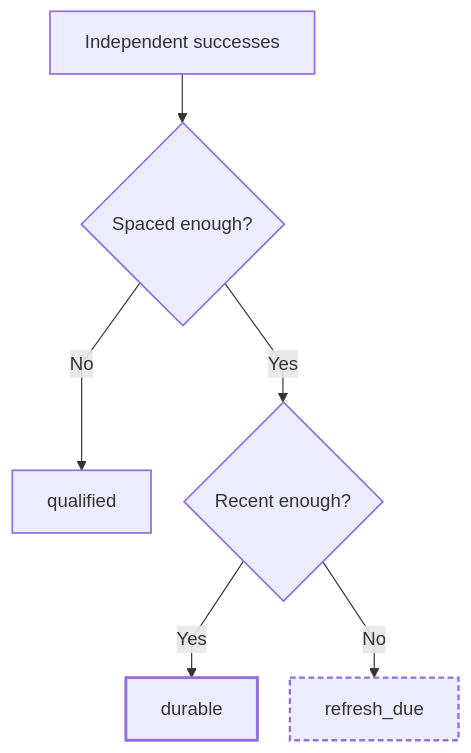
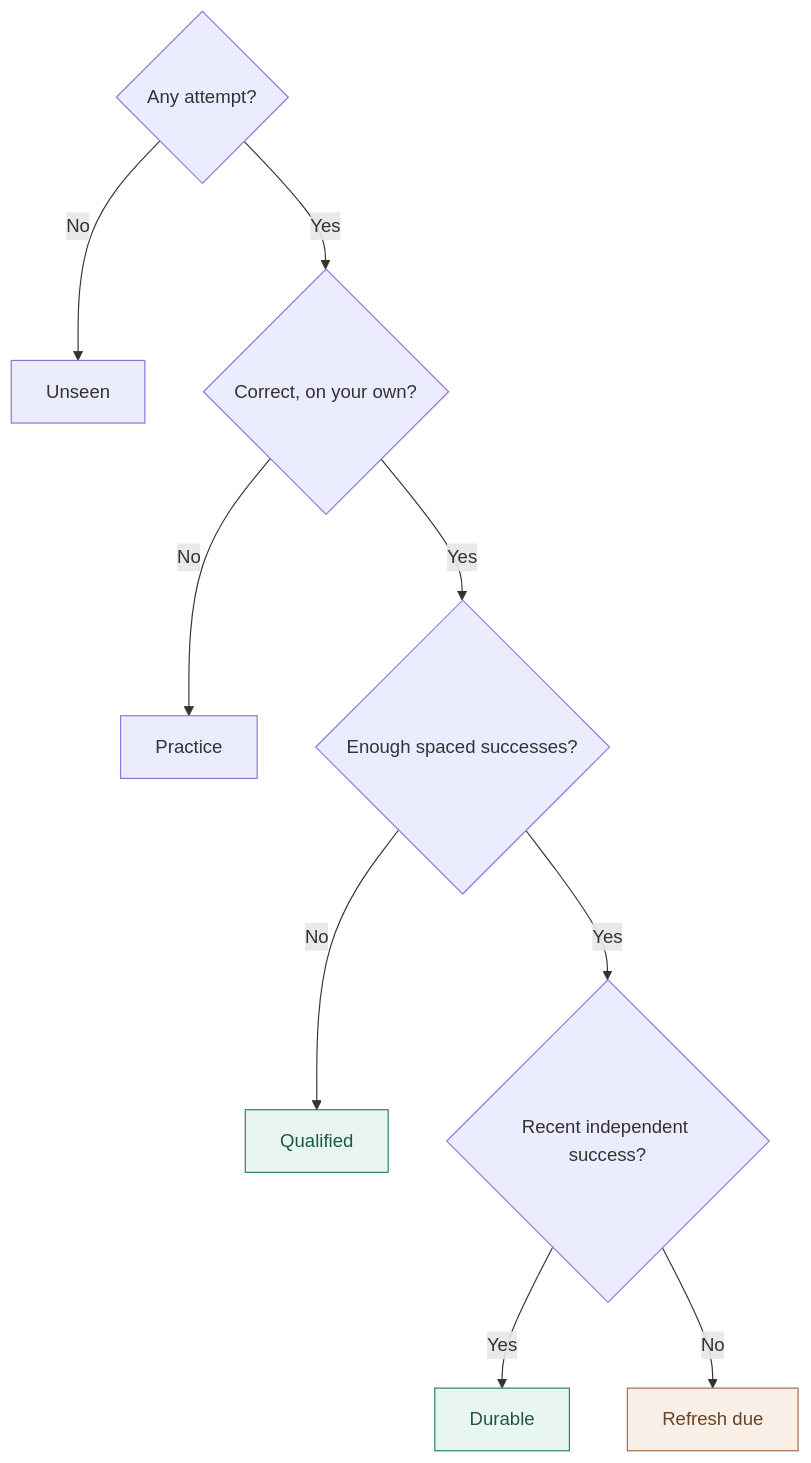
One commit to Niyam-Paneru/learning-evidence-core changed the diagram in README.md. Above: the diagram before and after it, drawn with Mermaid. The commit also changed other lines of this file, not shown here.

Commit message:
docs: one purposeful visual, not repeated generated flowcharts

````diff
--- a/README.md
+++ b/README.md
@@ -49,23 +24,15 @@
 ```mermaid
----
-config:
-  flowchart:
-    curve: linear
-    nodeSpacing: 28
-    rankSpacing: 42
----
 flowchart TB
-    accTitle: Durability: count spaced successes, then check recency
-    accDescr: Decision flow for durability: count spaced successes, then check recency.
-    A["Independent successes"] --> S{"Spaced enough?"}
-    S -- No --> Q["qualified"]
-    S -- Yes --> R{"Recent enough?"}
-    R -- Yes --> D["durable"]
-    R -- No --> F["refresh_due"]
-    classDef input stroke-width:1.5px;
-    classDef pass stroke-width:2.5px;
-    classDef stop stroke-width:2px,stroke-dasharray:5 3;
-    class A,S,R,Q input;
-    class D pass;
-    class F stop;
+    A{"Any attempt?"} -- No --> U["Unseen"]
+    A -- Yes --> B{"Correct, on your own?"}
+    B -- No --> P["Practice"]
+    B -- Yes --> C{"Enough spaced successes?"}
+    C -- No --> Q["Qualified"]
+    C -- Yes --> D{"Recent independent success?"}
+    D -- Yes --> V["Durable"]
+    D -- No --> F["Refresh due"]
+    classDef evidence fill:#E9F5F0,stroke:#287F67,color:#1D5847;
+    classDef review fill:#F9EFE6,stroke:#A06B47,color:#674226;
+    class Q,V evidence;
+    class F review;
 ```
````
